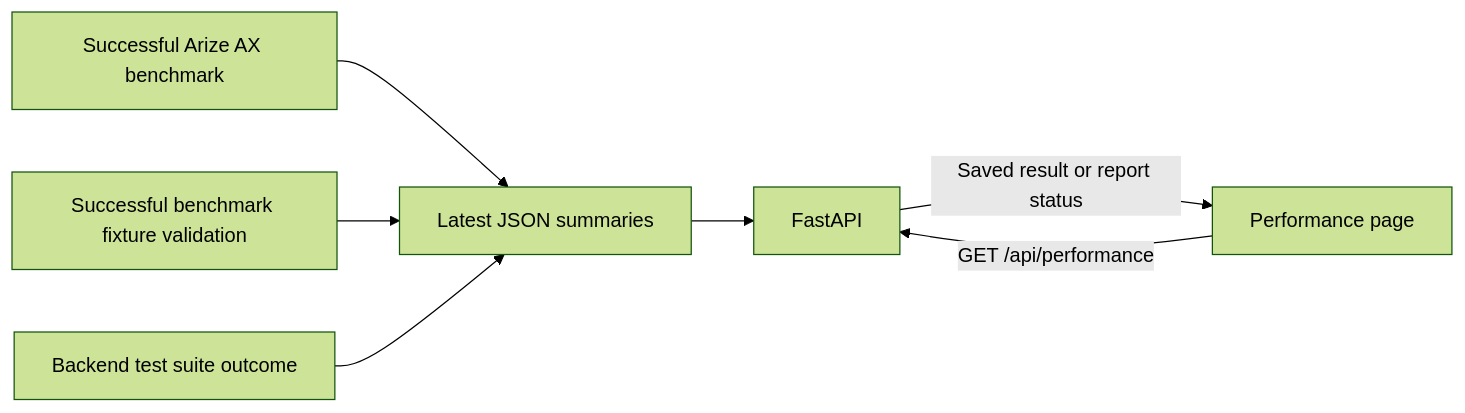
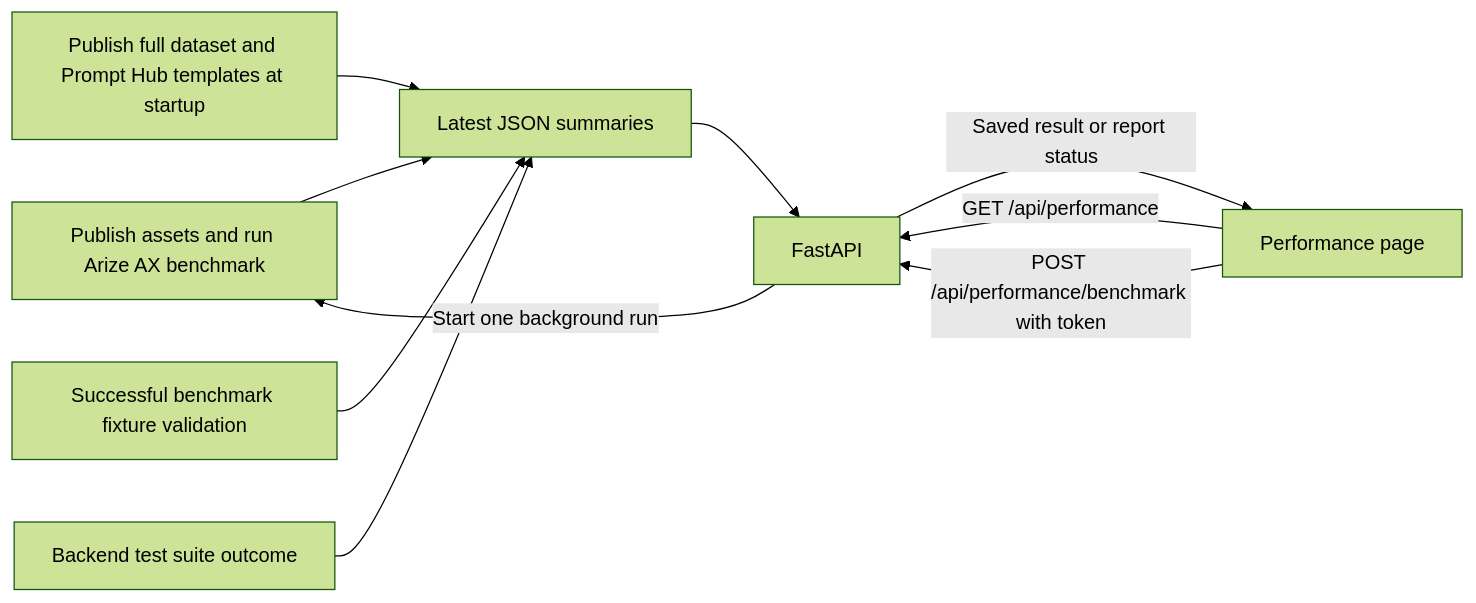
One commit to girisheduru/archgovasst changed diagram 11 of 13 in flowdiagrams.md. Above: the diagram before and after it, drawn with Mermaid (forest theme). The commit also changed other lines of this file and 16 other files, not shown here.

````diff
--- a/flowdiagrams.md
+++ b/flowdiagrams.md
@@ -278,9 +279,12 @@
 ```mermaid
 flowchart LR
-    Benchmark["Successful Arize AX benchmark"] --> Reports["Latest JSON summaries"]
+    Benchmark["Publish assets and run Arize AX benchmark"] --> Reports["Latest JSON summaries"]
+    Startup["Publish full dataset and Prompt Hub templates at startup"] --> Reports
     Validate["Successful benchmark fixture validation"] --> Reports
     Tests["Backend test suite outcome"] --> Reports
     Dashboard["Performance page"] -->|"GET /api/performance"| API["FastAPI"]
+    Dashboard -->|"POST /api/performance/benchmark with token"| API
+    API -->|"Start one background run"| Benchmark
     Reports --> API
     API -->|"Saved result or report status"| Dashboard
 ```
````
